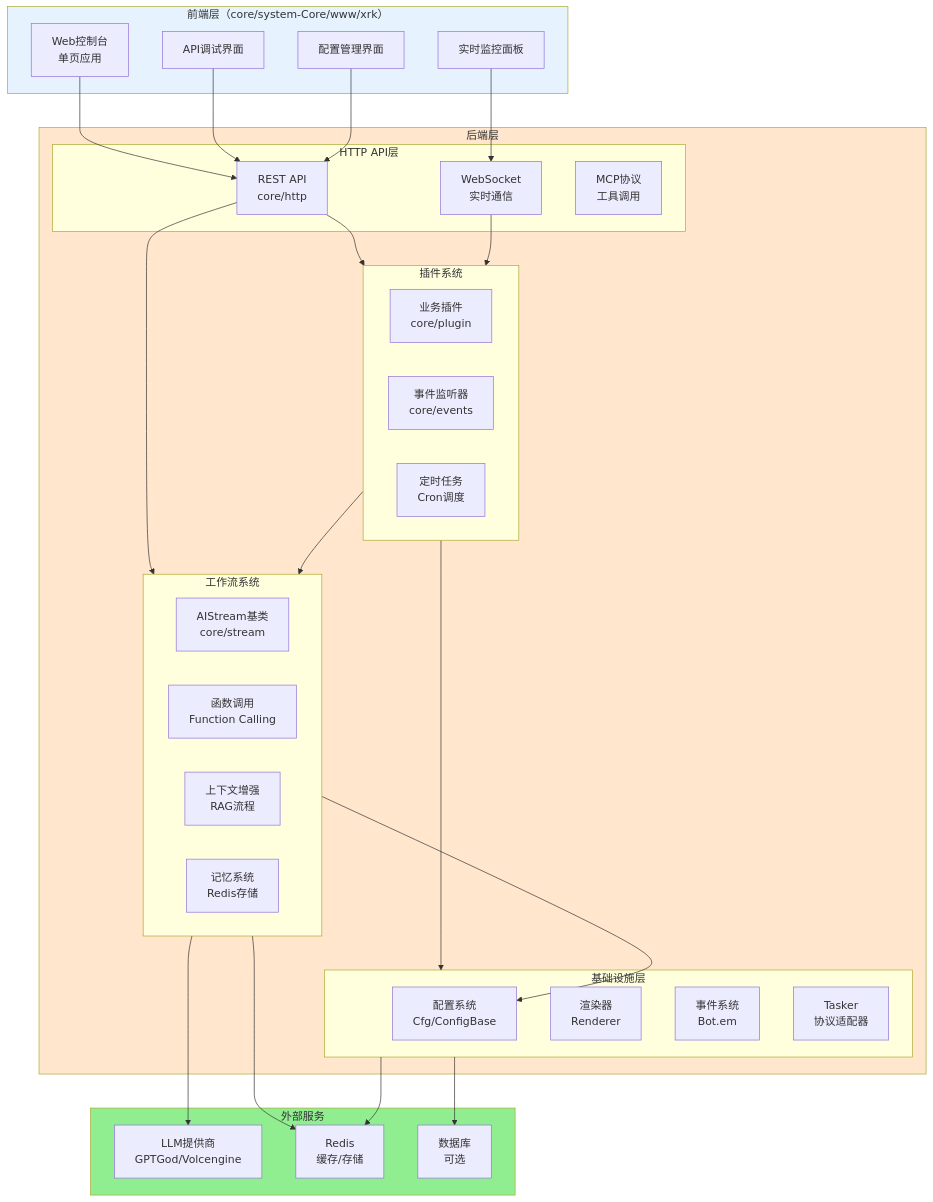
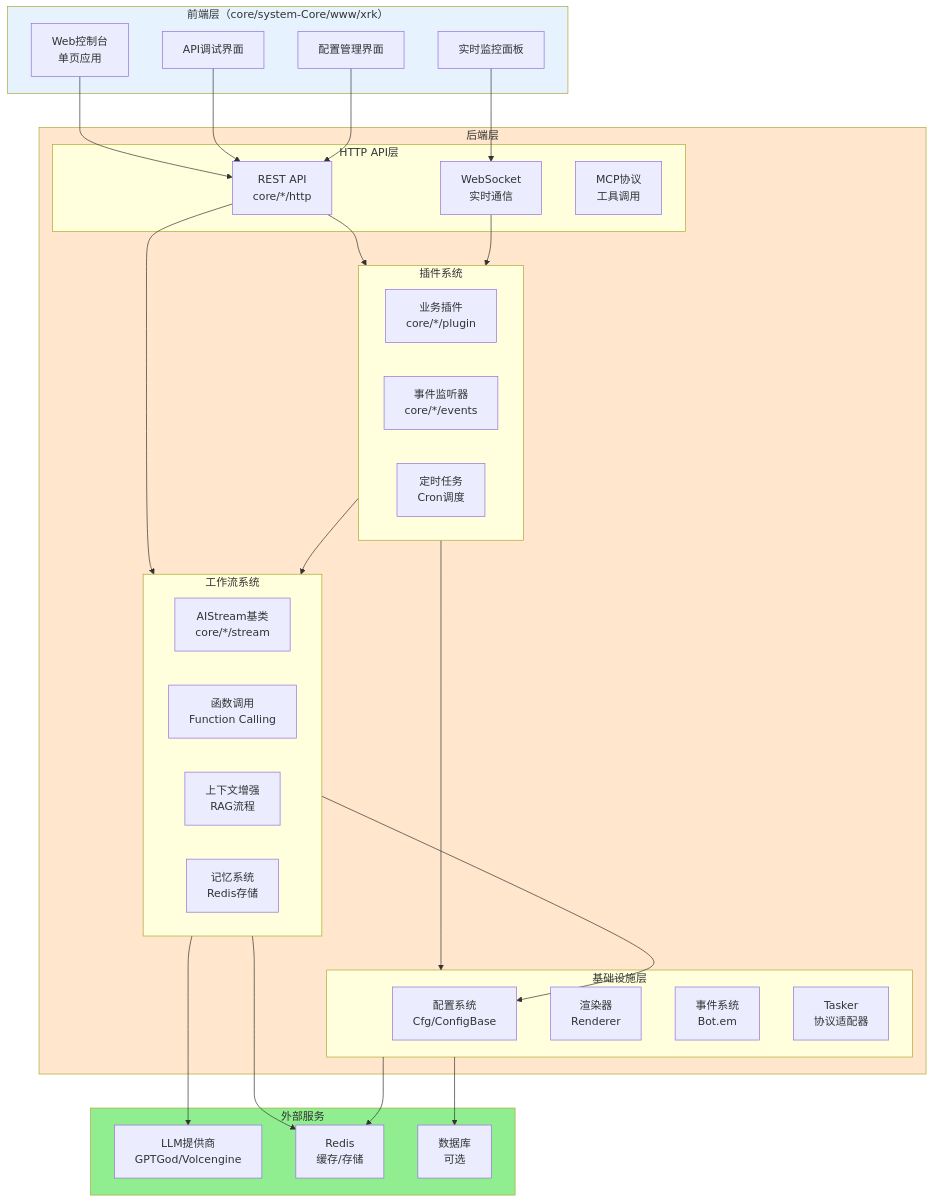
The eighth of 9 diagrams in docs/app-dev.md (sunflowermm/XRK-AGT), drawn with Mermaid before and after one commit. The commit also changed other lines of this file and 13 other files, not shown here.

````diff
--- a/docs/app-dev.md
+++ b/docs/app-dev.md
@@ -265,66 +265,66 @@
 ```mermaid
 flowchart TB
     subgraph Frontend["前端层（core/system-Core/www/xrk）"]
         FE1[Web控制台<br/>单页应用]
         FE2[API调试界面]
         FE3[配置管理界面]
         FE4[实时监控面板]
     end
     
     subgraph Backend["后端层"]
         subgraph API["HTTP API层"]
-            API1[REST API<br/>core/http]
+            API1[REST API<br/>core/*/http]
             API2[WebSocket<br/>实时通信]
             API3[MCP协议<br/>工具调用]
         end
         
         subgraph Plugin["插件系统"]
-            P1[业务插件<br/>core/plugin]
-            P2[事件监听器<br/>core/events]
+            P1[业务插件<br/>core/*/plugin]
+            P2[事件监听器<br/>core/*/events]
             P3[定时任务<br/>Cron调度]
         end
         
         subgraph Workflow["工作流系统"]
-            W1[AIStream基类<br/>core/stream]
+            W1[AIStream基类<br/>core/*/stream]
             W2[函数调用<br/>Function Calling]
             W3[上下文增强<br/>RAG流程]
             W4[记忆系统<br/>Redis存储]
         end
         
         subgraph Infrastructure["基础设施层"]
             I1[配置系统<br/>Cfg/ConfigBase]
             I2[渲染器<br/>Renderer]
             I3[事件系统<br/>Bot.em]
             I4[Tasker<br/>协议适配器]
         end
     end
     
     subgraph External["外部服务"]
         E1[LLM提供商<br/>GPTGod/Volcengine]
         E2[Redis<br/>缓存/存储]
         E3[数据库<br/>可选]
     end
     
     FE1 --> API1
     FE2 --> API1
     FE3 --> API1
     FE4 --> API2
     
     API1 --> Plugin
     API1 --> Workflow
     API2 --> Plugin
     
     Plugin --> Workflow
     Plugin --> Infrastructure
     
     Workflow --> I1
     Workflow --> E1
     Workflow --> E2
     
     Infrastructure --> E2
     Infrastructure --> E3
     
     style Frontend fill:#E6F3FF
     style Backend fill:#FFE6CC
     style External fill:#90EE90
 ```
````
